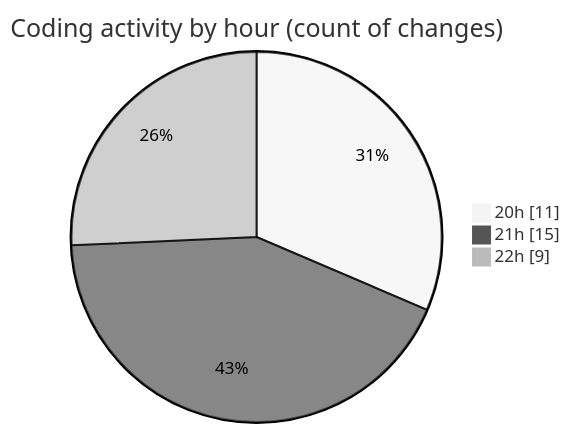
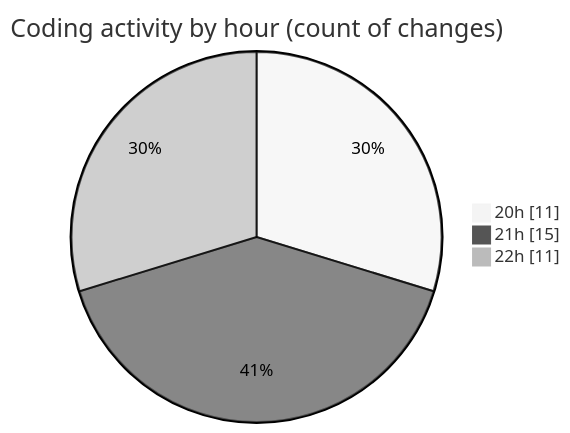
One commit to idhammustaqopulfikri/code-tracking changed the second of 2 diagrams in 2025-04-10/test/README.md. Above: the diagram before and after it, drawn with Mermaid (neutral theme). The commit also changed other lines of this file and 1 other file, not shown here.

````diff
--- a/2025-04-10/test/README.md
+++ b/2025-04-10/test/README.md
@@ -47,7 +47,7 @@
 ```mermaid
 pie showData
 title Coding activity by hour (count of changes)
 "20h" : 11
 "21h" : 15
-"22h" : 9
+"22h" : 11
 ```
````
